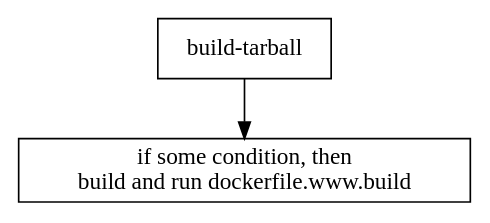
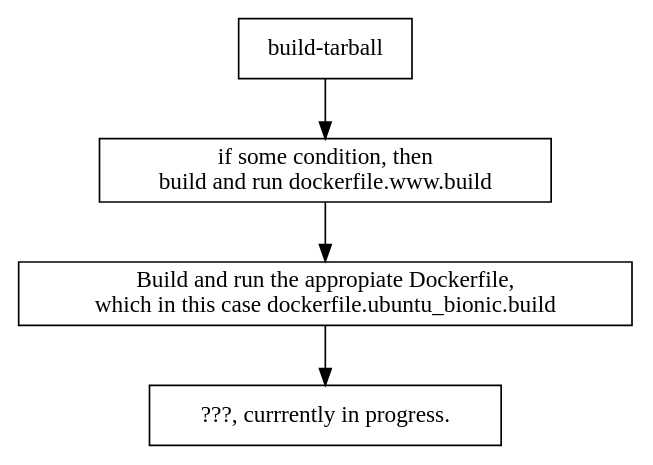
The second of 4 diagrams in posts/compiling-kasmvnc-on-nixos/index.qmd (moonpiedumplings/quartotest), drawn with Graphviz before and after one commit. The commit also changed other lines of this file and 1 other file, not shown here.

````diff
--- a/posts/compiling-kasmvnc-on-nixos/index.qmd
+++ b/posts/compiling-kasmvnc-on-nixos/index.qmd
@@ -252,9 +252,15 @@
 ```{dot}
 digraph BuildTarball {
    node [shape="rectangle"];
       www [label="if some condition, then \n build and run dockerfile.www.build", URL="https://github.com/kasmtech/KasmVNC/blob/master/builder/dockerfile.www.build"]
+      incomplete [label="???, currrently in progress."]
+
+      BuildTarball [label="build-tarball", URL="https://github.com/kasmtech/KasmVNC/blob/master/builder/build-tarball"]
+      dockerbuild [label="Build and run the appropiate Dockerfile, \n which in this case dockerfile.ubuntu_bionic.build", URL="https://github.com/kasmtech/KasmVNC/blob/master/builder/dockerfile.ubuntu_bionic.build"]
 
 
-      "build-tarball" -> www
+      BuildTarball -> www
+      www -> dockerbuild
+      dockerbuild -> incomplete
    }
 ```
````
